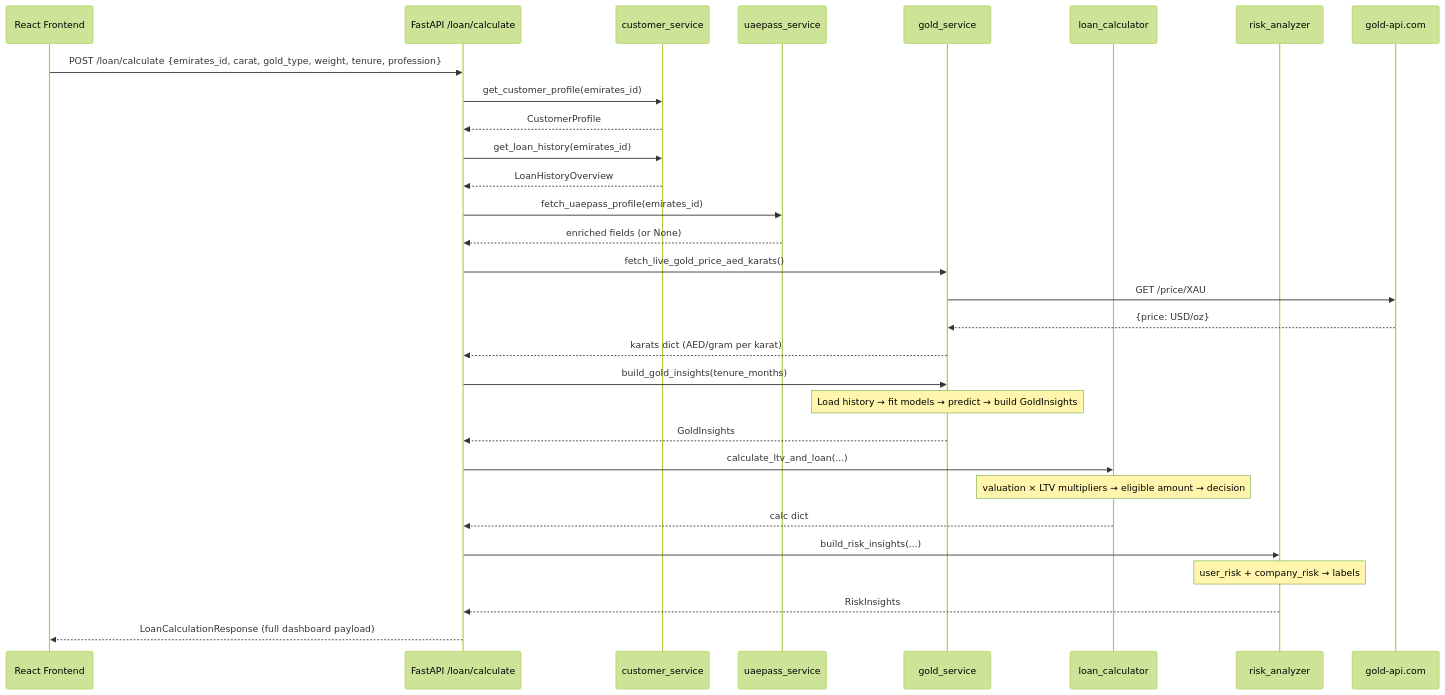
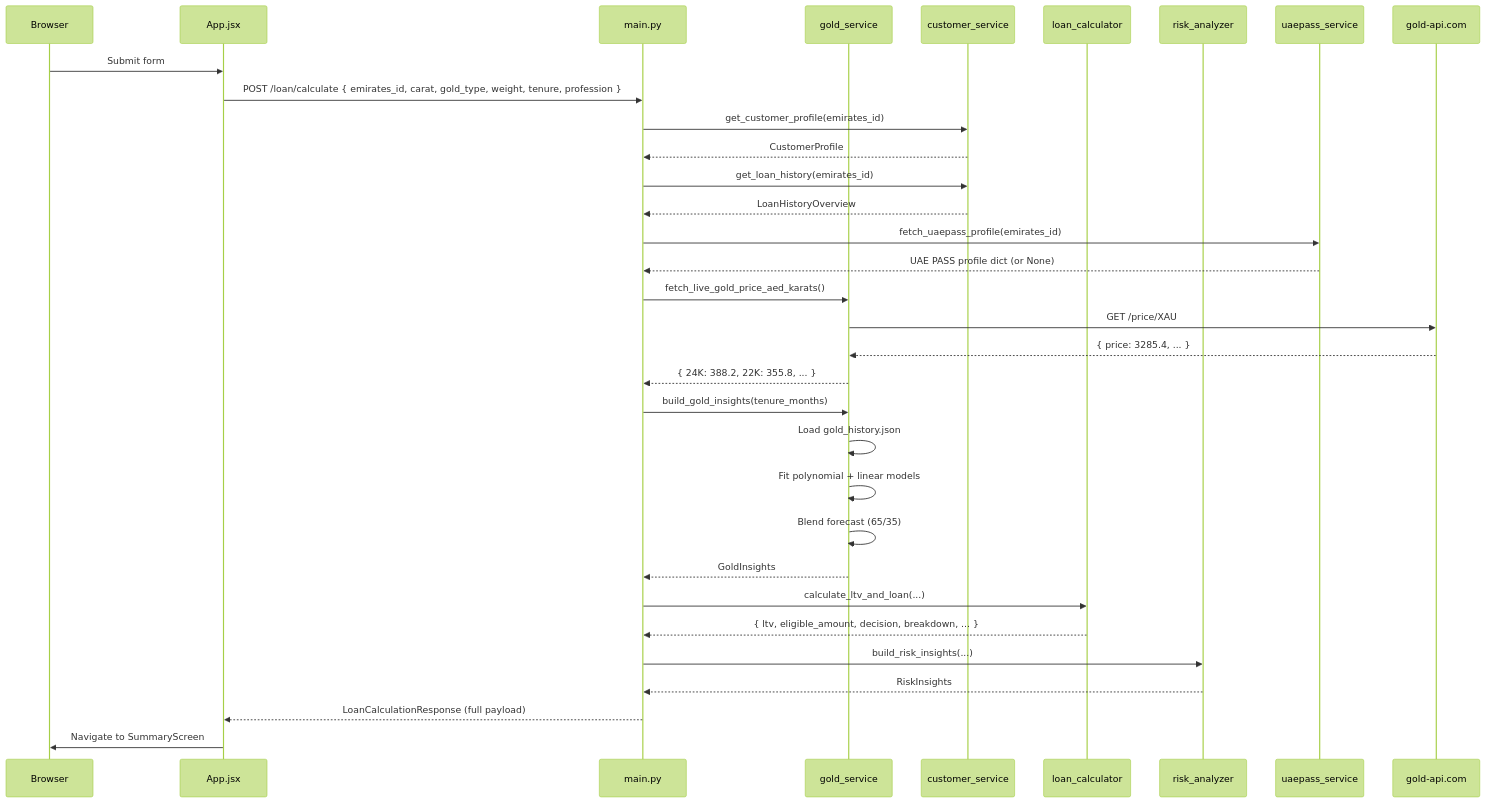
The second of 3 diagrams in docs/ARCHITECTURE.md (ManishKhulbe/GOLD-LTV-AI-calculator), drawn with Mermaid (forest theme) before and after one commit. The commit also changed other lines of this file and 9 other files, not shown here.

````diff
--- a/docs/ARCHITECTURE.md
+++ b/docs/ARCHITECTURE.md
@@ -136,41 +167,44 @@
 ```mermaid
 sequenceDiagram
-    participant FE as React Frontend
-    participant API as FastAPI /loan/calculate
-    participant CS as customer_service
-    participant UP as uaepass_service
-    participant GS as gold_service
-    participant LC as loan_calculator
-    participant RA as risk_analyzer
-    participant EXT as gold-api.com
+    participant Browser
+    participant App.jsx
+    participant main.py
+    participant gold_service
+    participant customer_service
+    participant loan_calculator
+    participant risk_analyzer
+    participant uaepass_service
+    participant GoldAPI as gold-api.com
 
-    FE->>API: POST /loan/calculate {emirates_id, carat, gold_type, weight, tenure, profession}
+    Browser->>App.jsx: Submit form
+    App.jsx->>main.py: POST /loan/calculate { emirates_id, carat, gold_type, weight, tenure, profession }
 
-    API->>CS: get_customer_profile(emirates_id)
-    CS-->>API: CustomerProfile
+    main.py->>customer_service: get_customer_profile(emirates_id)
+    customer_service-->>main.py: CustomerProfile
 
-    API->>CS: get_loan_history(emirates_id)
-    CS-->>API: LoanHistoryOverview
+    main.py->>customer_service: get_loan_history(emirates_id)
+    customer_service-->>main.py: LoanHistoryOverview
 
-    API->>UP: fetch_uaepass_profile(emirates_id)
-    UP-->>API: enriched fields (or None)
+    main.py->>uaepass_service: fetch_uaepass_profile(emirates_id)
+    uaepass_service-->>main.py: UAE PASS profile dict (or None)
 
-    API->>GS: fetch_live_gold_price_aed_karats()
-    GS->>EXT: GET /price/XAU
-    EXT-->>GS: {price: USD/oz}
-    GS-->>API: karats dict (AED/gram per karat)
+    main.py->>gold_service: fetch_live_gold_price_aed_karats()
+    gold_service->>GoldAPI: GET /price/XAU
+    GoldAPI-->>gold_service: { price: 3285.4, ... }
+    gold_service-->>main.py: { 24K: 388.2, 22K: 355.8, ... }
 
-    API->>GS: build_gold_insights(tenure_months)
-    Note over GS: Load history → fit models → predict → build GoldInsights
-    GS-->>API: GoldInsights
+    main.py->>gold_service: build_gold_insights(tenure_months)
+    gold_service->>gold_service: Load gold_history.json
+    gold_service->>gold_service: Fit polynomial + linear models
+    gold_service->>gold_service: Blend forecast (65/35)
+    gold_service-->>main.py: GoldInsights
 
-    API->>LC: calculate_ltv_and_loan(...)
-    Note over LC: valuation × LTV multipliers → eligible amount → decision
-    LC-->>API: calc dict
+    main.py->>loan_calculator: calculate_ltv_and_loan(...)
+    loan_calculator-->>main.py: { ltv, eligible_amount, decision, breakdown, ... }
 
-    API->>RA: build_risk_insights(...)
-    Note over RA: user_risk + company_risk → labels
-    RA-->>API: RiskInsights
+    main.py->>risk_analyzer: build_risk_insights(...)
+    risk_analyzer-->>main.py: RiskInsights
 
-    API-->>FE: LoanCalculationResponse (full dashboard payload)
+    main.py-->>App.jsx: LoanCalculationResponse (full payload)
+    App.jsx->>Browser: Navigate to SummaryScreen
 ```
````
